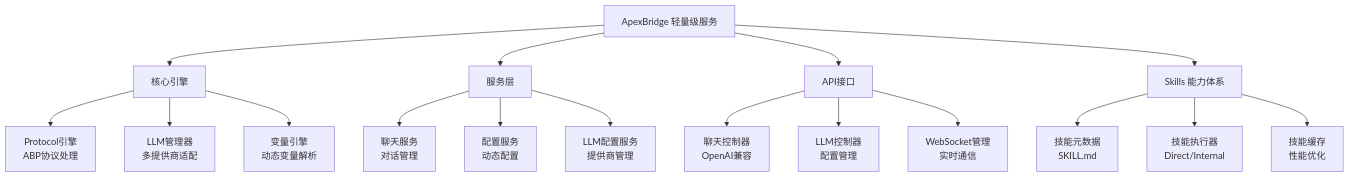
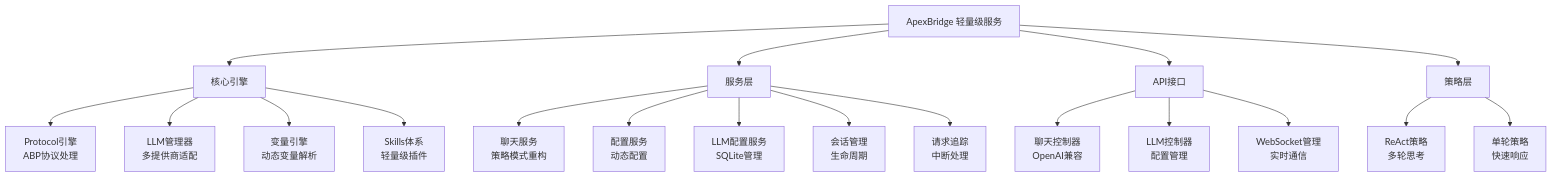
One commit to suntianc/apex-bridge changed the diagram in CLAUDE.md. Above: the diagram before and after it, drawn with Mermaid. The commit also changed other lines of this file and 18 other files, not shown here.

````diff
--- a/CLAUDE.md
+++ b/CLAUDE.md
@@ -26,26 +26,31 @@
 ```mermaid
 graph TD
     A["ApexBridge 轻量级服务"] --> B["核心引擎"];
     B --> C["Protocol引擎<br/>ABP协议处理"];
     B --> D["LLM管理器<br/>多提供商适配"];
     B --> E["变量引擎<br/>动态变量解析"];
+    B --> F["Skills体系<br/>轻量级插件"];
 
-    A --> F["服务层"];
-    F --> G["聊天服务<br/>对话管理"];
-    F --> H["配置服务<br/>动态配置"];
-    F --> J["LLM配置服务<br/>提供商管理"];
+    A --> G["服务层"];
+    G --> H["聊天服务<br/>策略模式重构"];
+    G --> I["配置服务<br/>动态配置"];
+    G --> J["LLM配置服务<br/>SQLite管理"];
+    G --> K["会话管理<br/>生命周期"];
+    G --> L["请求追踪<br/>中断处理"];
 
-    A --> K["API接口"];
-    K --> L["聊天控制器<br/>OpenAI兼容"];
-    K --> M["LLM控制器<br/>配置管理"];
-    K --> N["WebSocket管理<br/>实时通信"];
+    A --> M["API接口"];
+    M --> N["聊天控制器<br/>OpenAI兼容"];
+    M --> O["LLM控制器<br/>配置管理"];
+    M --> P["WebSocket管理<br/>实时通信"];
 
-    A --> O["Skills 能力体系"];
-    O --> P["技能元数据<br/>SKILL.md"];
-    O --> Q["技能执行器<br/>Direct/Internal"];
-    O --> R["技能缓存<br/>性能优化"];
+    A --> Q["策略层"];
+    Q --> R["ReAct策略<br/>多轮思考"];
+    Q --> S["单轮策略<br/>快速响应"];
 
     click C "./src/core/ProtocolEngine.ts" "查看Protocol引擎实现"
     click D "./src/core/LLMManager.ts" "查看LLM管理器实现"
     click E "./src/core/variable/VariableEngine.ts" "查看变量引擎实现"
+    click H "./src/services/ChatService.ts" "查看聊天服务策略重构"
+    click R "./src/strategies/ReActStrategy.ts" "查看ReAct策略实现"
+    click S "./src/strategies/SingleRoundStrategy.ts" "查看单轮策略实现"
 ```
````
